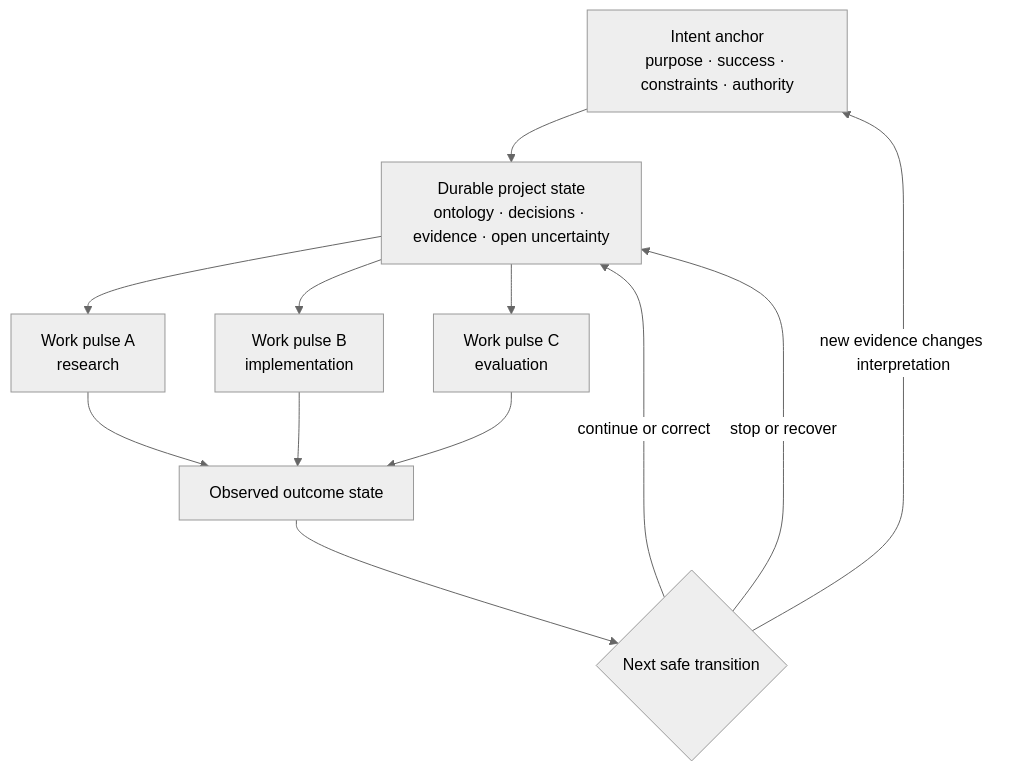
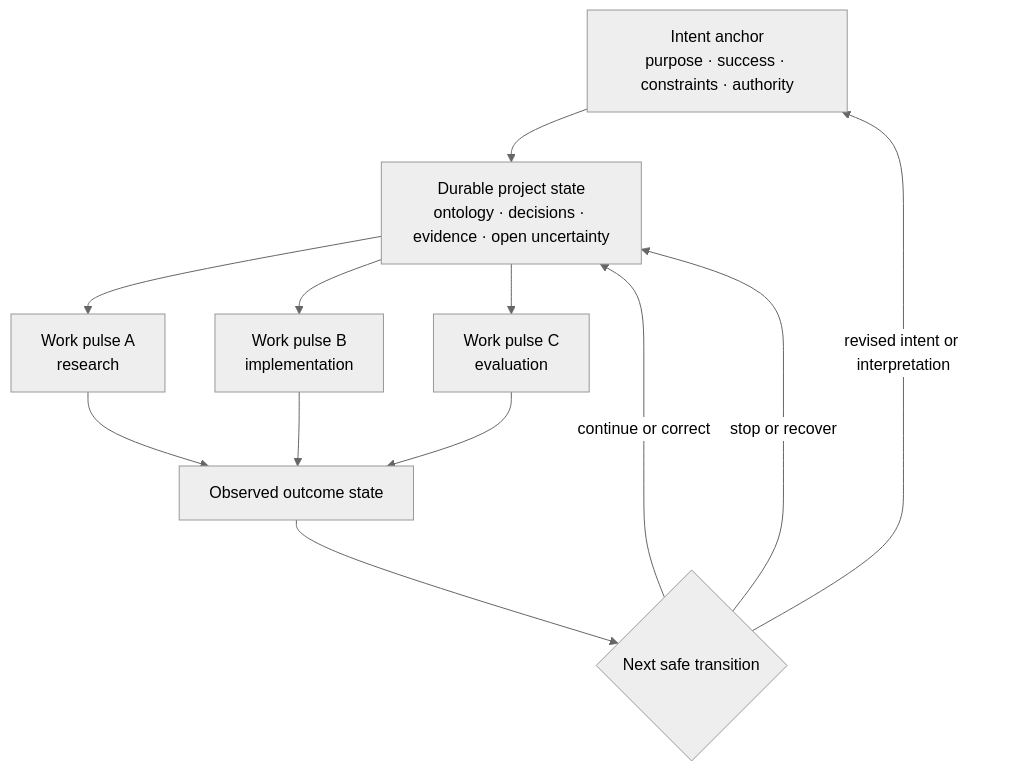
Before and after one commit to yiwei79/root-azoth: the fourth of 7 diagrams in docs/INTENT_TO_OUTCOME_ENGINEERING.md, drawn with Mermaid (neutral theme). The commit also changed other lines of this file and 2 other files, not shown here.

Commit message:
docs: refine intent-to-outcome philosophy

````diff
--- a/docs/INTENT_TO_OUTCOME_ENGINEERING.md
+++ b/docs/INTENT_TO_OUTCOME_ENGINEERING.md
@@ -133,22 +203,22 @@
 ```mermaid
 flowchart TB
     A["Intent anchor<br/>purpose · success · constraints · authority"]
     S["Durable project state<br/>ontology · decisions · evidence · open uncertainty"]
     P1["Work pulse A<br/>research"]
     P2["Work pulse B<br/>implementation"]
     P3["Work pulse C<br/>evaluation"]
     O["Observed outcome state"]
     N{"Next safe transition"}
 
     A --> S
     S --> P1
     S --> P2
     S --> P3
     P1 --> O
     P2 --> O
     P3 --> O
     O --> N
     N -->|continue or correct| S
-    N -->|new evidence changes interpretation| A
+    N -->|revised intent or interpretation| A
     N -->|stop or recover| S
 ```
````
